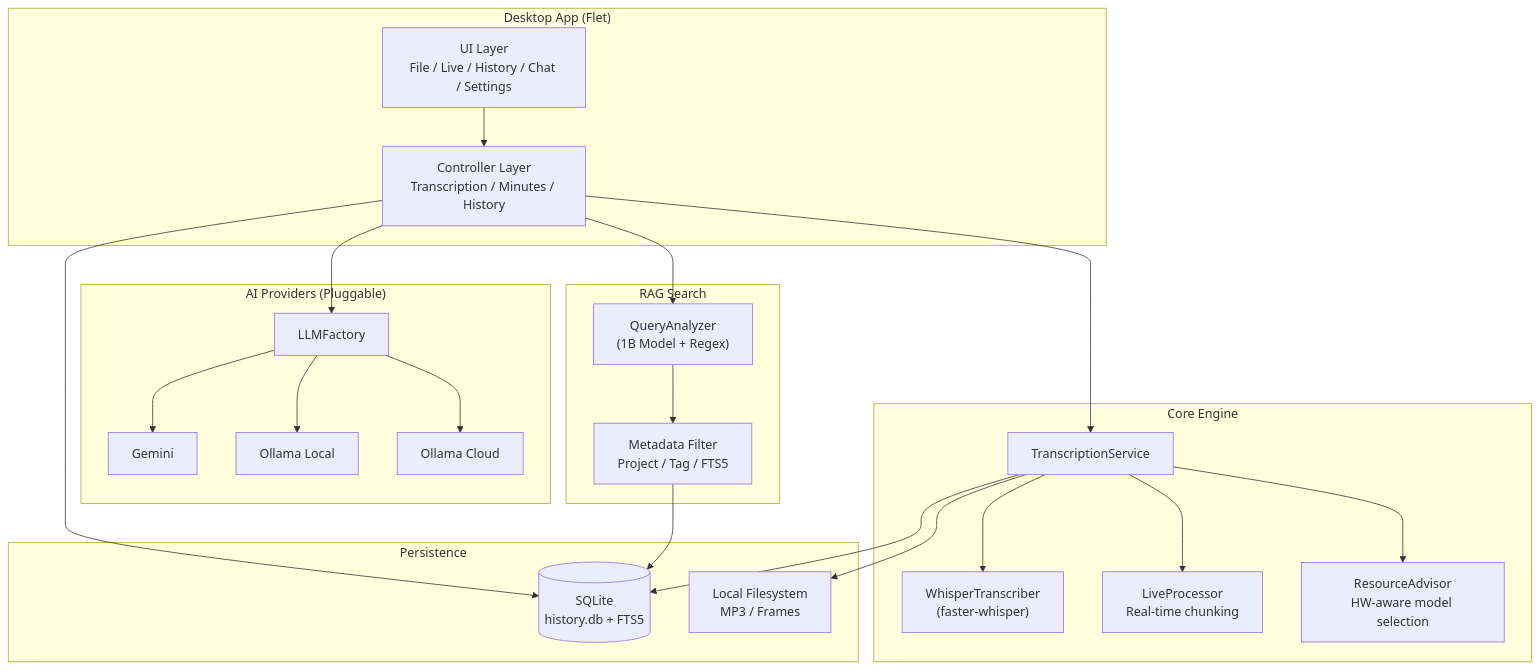
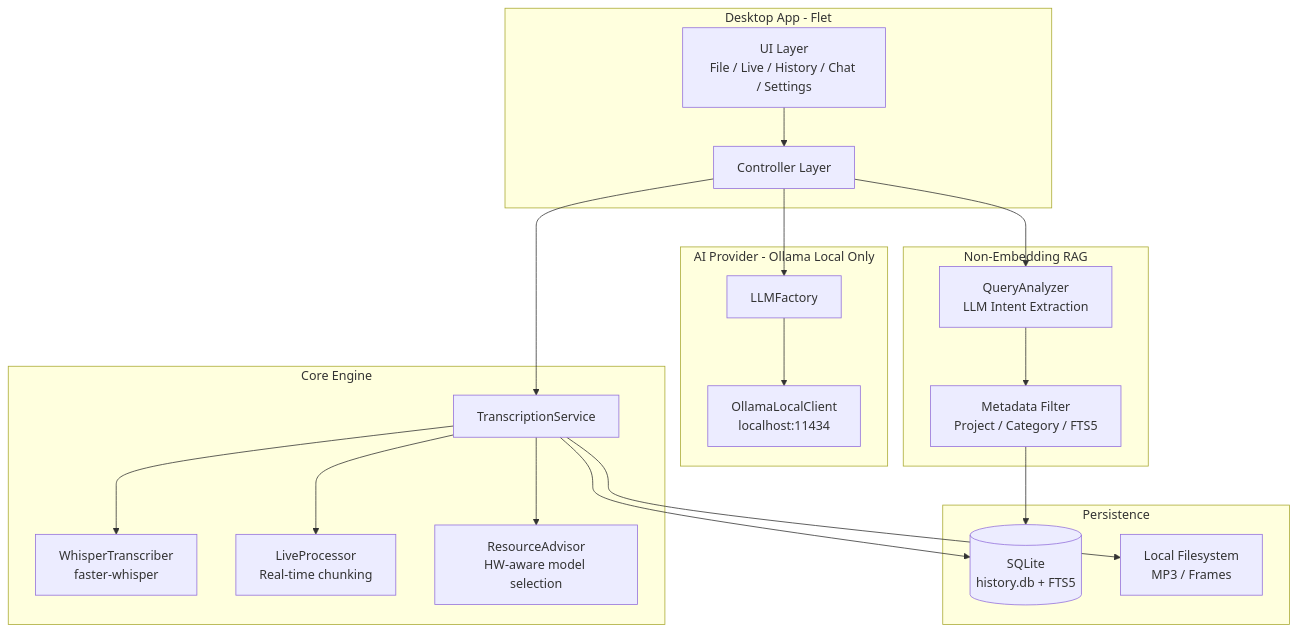
The diagram in README.md (ayato-labs/Transform_MovieToText), drawn with Mermaid before and after one commit. The commit also changed other lines of this file and 4 other files, not shown here.

Commit message:
feat: implement meeting history management with FTS5 search, project filtering, and ROI dashboard integration

````diff
--- a/README.md
+++ b/README.md
@@ -57,47 +58,42 @@
 ```mermaid
 graph TB
-    subgraph "Desktop App (Flet)"
+    subgraph "Desktop App - Flet"
         UI["UI Layer<br/>File / Live / History / Chat / Settings"]
-        CTRL["Controller Layer<br/>Transcription / Minutes / History"]
+        CTRL["Controller Layer"]
     end
 
     subgraph "Core Engine"
-        WT["WhisperTranscriber<br/>(faster-whisper)"]
+        WT["WhisperTranscriber<br/>faster-whisper"]
         TS["TranscriptionService"]
         LP["LiveProcessor<br/>Real-time chunking"]
         RA["ResourceAdvisor<br/>HW-aware model selection"]
     end
 
-    subgraph "AI Providers (Pluggable)"
+    subgraph "AI Provider - Ollama Local Only"
         LLM_F["LLMFactory"]
-        GEM["Gemini"]
-        OLL["Ollama Local"]
-        OLC["Ollama Cloud"]
+        OLL["OllamaLocalClient<br/>localhost:11434"]
+    end
+
+    subgraph "Non-Embedding RAG"
+        QA["QueryAnalyzer<br/>LLM Intent Extraction"]
+        META["Metadata Filter<br/>Project / Category / FTS5"]
     end
 
     subgraph "Persistence"
         DB[("SQLite<br/>history.db + FTS5")]
         FS["Local Filesystem<br/>MP3 / Frames"]
-    end
-
-    subgraph "RAG Search"
-        QA["QueryAnalyzer<br/>(1B Model + Regex)"]
-        META["Metadata Filter<br/>Project / Tag / FTS5"]
     end
 
     UI --> CTRL
     CTRL --> TS
     CTRL --> LLM_F
     TS --> WT
     TS --> LP
     TS --> RA
-    LLM_F --> GEM
     LLM_F --> OLL
-    LLM_F --> OLC
     TS --> DB
     TS --> FS
-    CTRL --> DB
     CTRL --> QA
     QA --> META
     META --> DB
 ```
````
